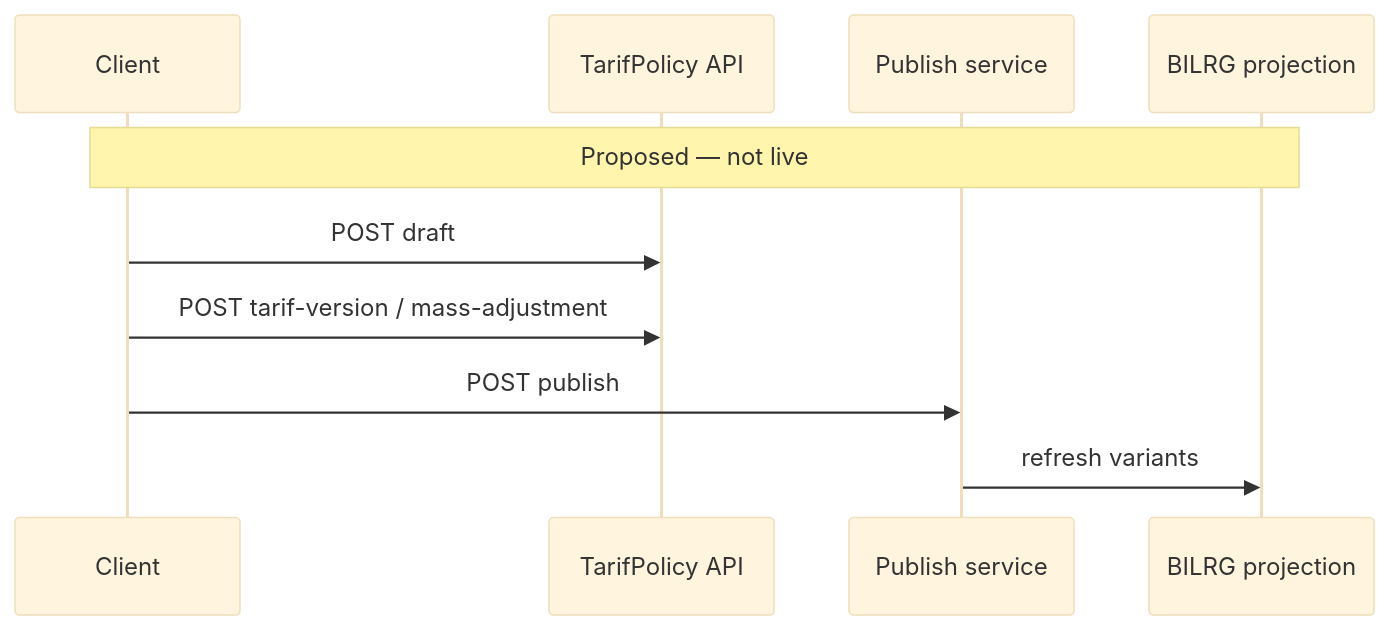
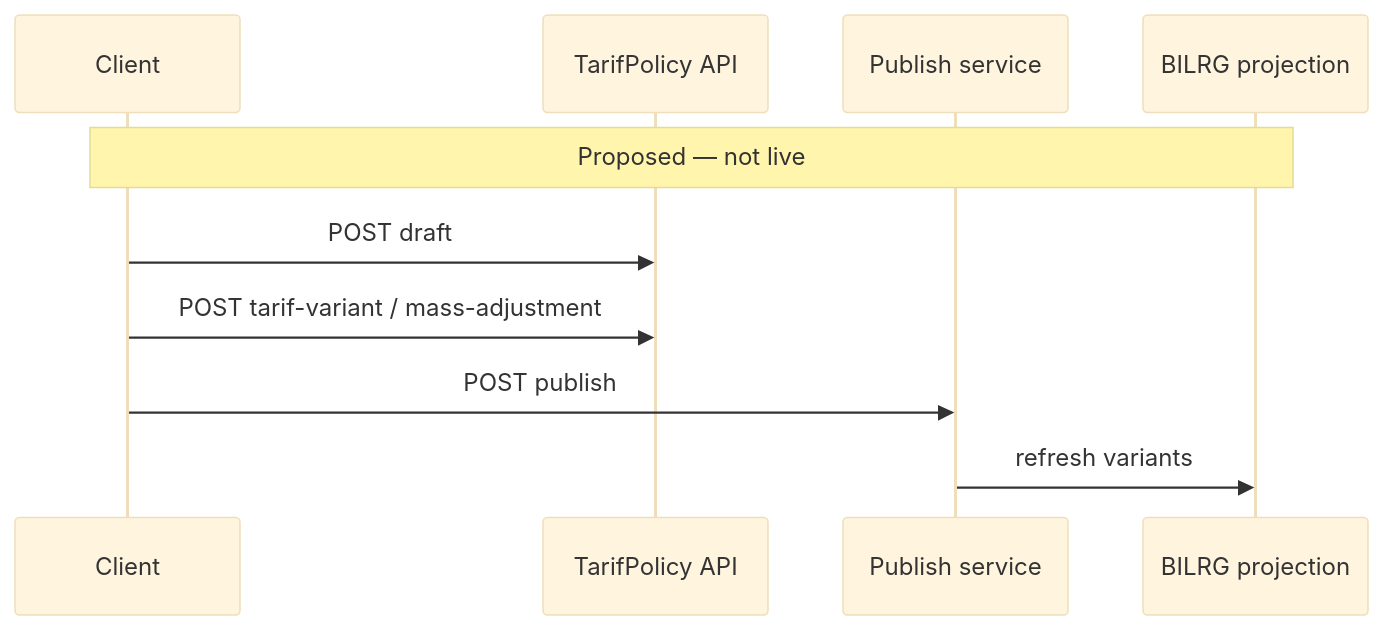
One commit to smart-ics/b09-bilreg-api changed the diagram in docs/contexts/tarif/tarif-04-api-contract.md. Above: the diagram before and after it, drawn with Mermaid (base theme). The commit also changed other lines of this file and 23 other files, not shown here.

````diff
--- a/docs/contexts/tarif/tarif-04-api-contract.md
+++ b/docs/contexts/tarif/tarif-04-api-contract.md
@@ -212,13 +212,13 @@
 ```mermaid
 sequenceDiagram
     participant Client
     participant Policy as TarifPolicy API
     participant Publish as Publish service
     participant BILRG as BILRG projection
 
     Note over Client,BILRG: Proposed — not live
     Client->>Policy: POST draft
-    Client->>Policy: POST tarif-version / mass-adjustment
+    Client->>Policy: POST tarif-variant / mass-adjustment
     Client->>Publish: POST publish
     Publish->>BILRG: refresh variants
 ```
````
